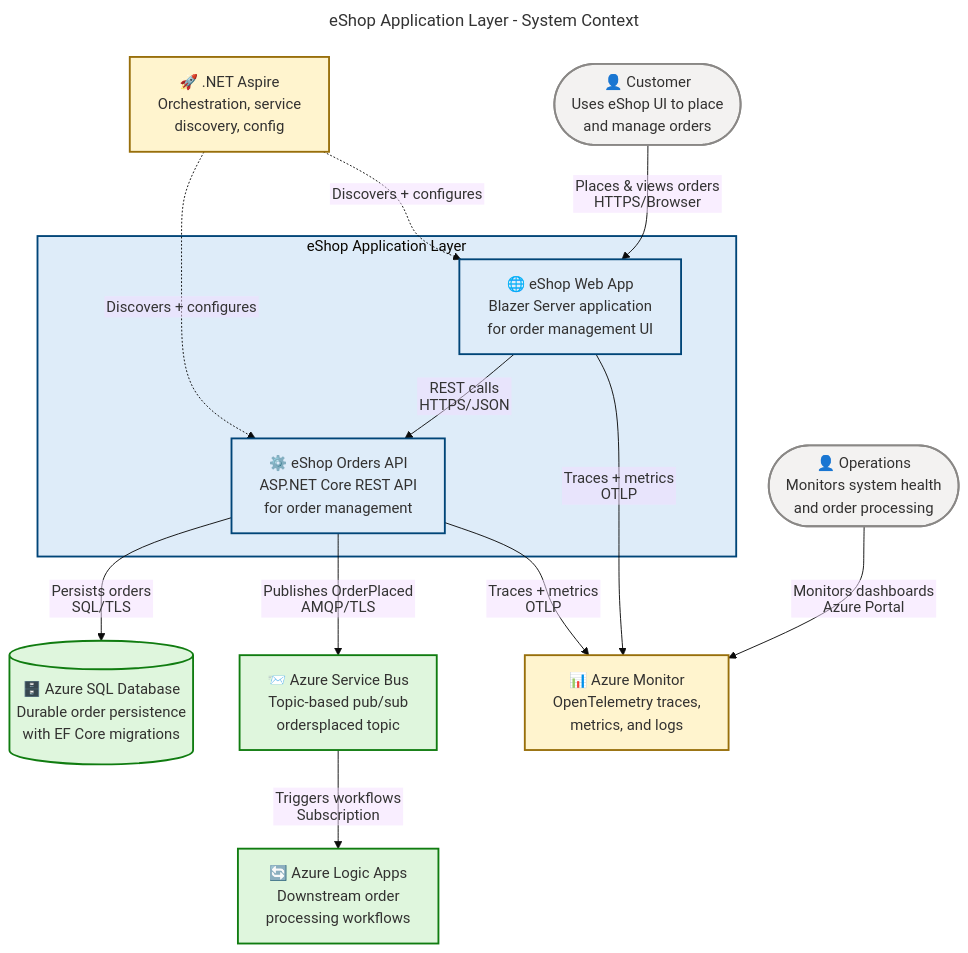
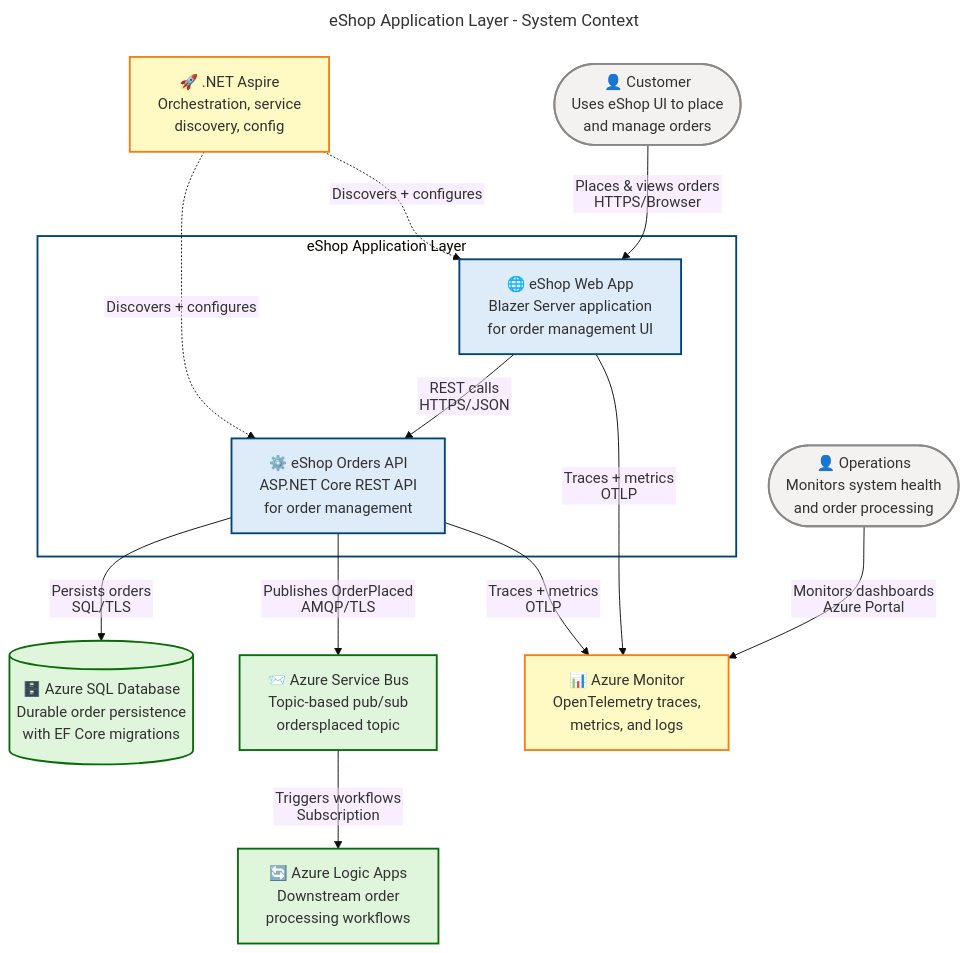
One commit to Evilazaro/Azure-LogicApps-Monitoring changed the first of 9 diagrams in docs/architecture/Application-Layer-Architecture.md. Above: the diagram before and after it, drawn with Mermaid. The commit also changed other lines of this file and 3 other files, not shown here.

Commit message:
docs: update color definitions in architecture diagrams for improved clarity and consistency

````diff
--- a/docs/architecture/Application-Layer-Architecture.md
+++ b/docs/architecture/Application-Layer-Architecture.md
@@ -67,56 +67,56 @@
 ```mermaid
 ---
 title: "eShop Application Layer - System Context"
 config:
   theme: base
   themeVariables:
     fontSize: '16px'
   flowchart:
     htmlLabels: false
 ---
 flowchart TD
     accTitle: eShop Application Layer C4 System Context Diagram
     accDescr: Shows the external users and systems interacting with the eShop application layer including the Web App and Orders API
 
     %% ═══════════════════════════════════════════════════════════════════════════
     %% AZURE / FLUENT ARCHITECTURE PATTERN v1.1
     %% (Semantic + Structural + Font + Accessibility Governance)
     %% ═══════════════════════════════════════════════════════════════════════════
 
     customer(["👤 Customer\nUses eShop UI to place\nand manage orders"])
     ops(["👤 Operations\nMonitors system health\nand order processing"])
 
     subgraph appLayer["eShop Application Layer"]
         webApp["🌐 eShop Web App\nBlazer Server application\nfor order management UI"]
         ordersApi["⚙️ eShop Orders API\nASP.NET Core REST API\nfor order management"]
     end
 
     azureSql[("🗄️ Azure SQL Database\nDurable order persistence\nwith EF Core migrations")]
     serviceBus["📨 Azure Service Bus\nTopic-based pub/sub\nordersplaced topic"]
     logicApps["🔄 Azure Logic Apps\nDownstream order\nprocessing workflows"]
     azureMonitor["📊 Azure Monitor\nOpenTelemetry traces,\nmetrics, and logs"]
     aspire["🚀 .NET Aspire\nOrchestration, service\ndiscovery, config"]
 
     customer -->|"Places & views orders\nHTTPS/Browser"| webApp
     ops -->|"Monitors dashboards\nAzure Portal"| azureMonitor
     webApp -->|"REST calls\nHTTPS/JSON"| ordersApi
     ordersApi -->|"Persists orders\nSQL/TLS"| azureSql
     ordersApi -->|"Publishes OrderPlaced\nAMQP/TLS"| serviceBus
     serviceBus -->|"Triggers workflows\nSubscription"| logicApps
     webApp -->|"Traces + metrics\nOTLP"| azureMonitor
     ordersApi -->|"Traces + metrics\nOTLP"| azureMonitor
     aspire -.->|"Discovers + configures"| webApp
     aspire -.->|"Discovers + configures"| ordersApi
 
     classDef azureBlue fill:#DEECF9,stroke:#004578,stroke-width:2px,color:#323130
-    classDef successGreen fill:#DFF6DD,stroke:#107C10,stroke-width:2px,color:#323130
-    classDef warningYellow fill:#FFF4CE,stroke:#986F0B,stroke-width:2px,color:#323130
+    classDef successGreen fill:#DFF6DD,stroke:#0B6A0B,stroke-width:2px,color:#323130
+    classDef warningYellow fill:#FFF9C4,stroke:#F57F17,stroke-width:2px,color:#323130
     classDef neutralGrey fill:#F3F2F1,stroke:#8A8886,stroke-width:2px,color:#323130
 
     class webApp,ordersApi azureBlue
     class azureSql,serviceBus,logicApps successGreen
     class azureMonitor,aspire warningYellow
     class customer,ops neutralGrey
 
-    style appLayer fill:#DEECF9,stroke:#004578,stroke-width:2px,color:#323130
+    style appLayer fill:#FFFFFF,stroke:#004578,stroke-width:2px,color:#323130
 ```
````
